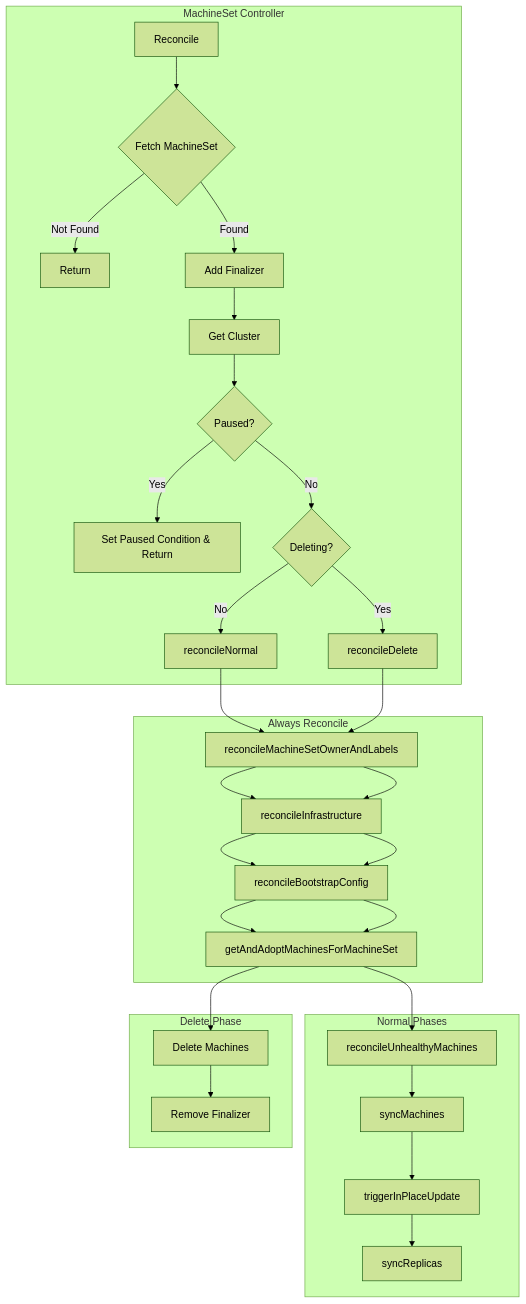
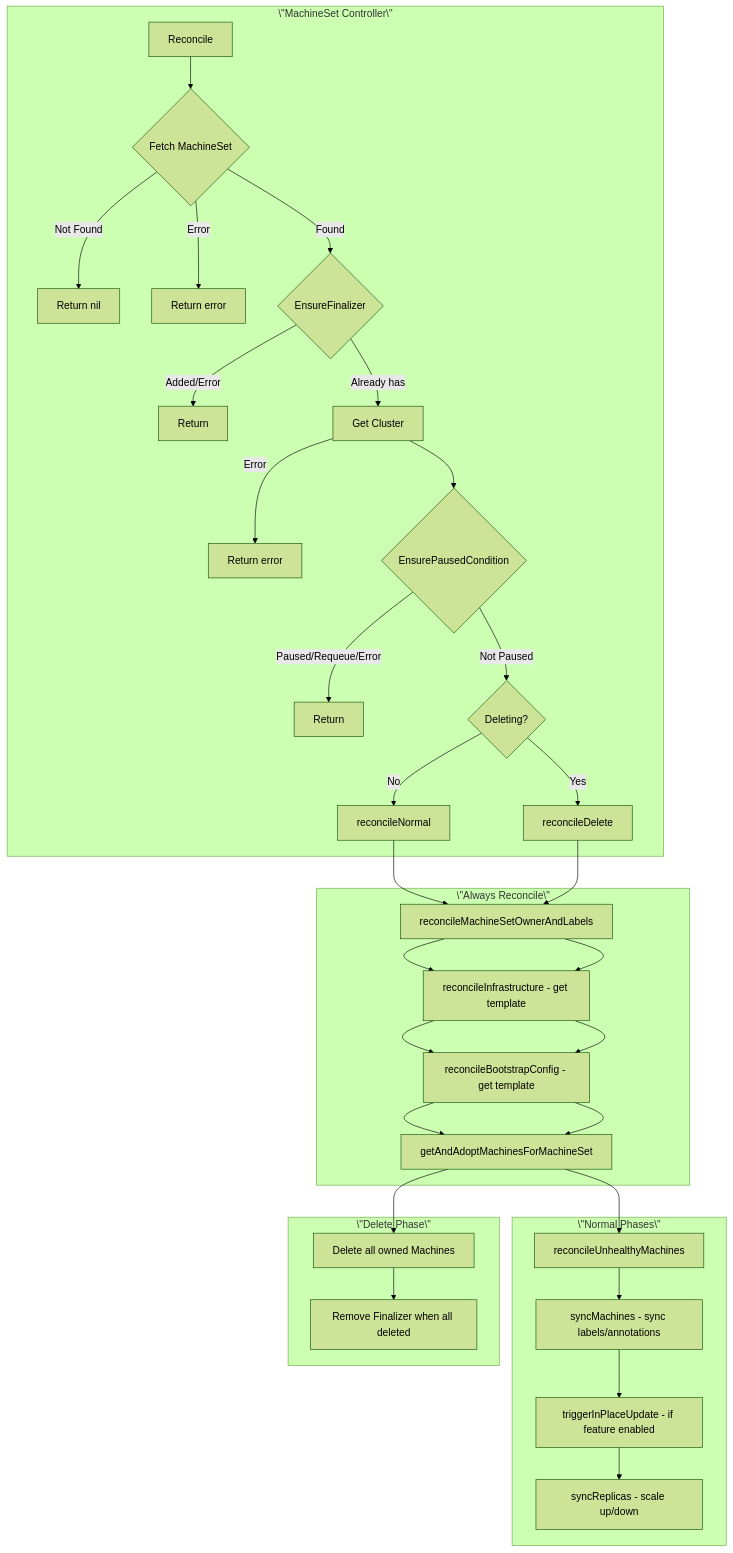
The first of 6 diagrams in ai-gen/internal/controllers/machineset_controller.md (seanyen/cluster-api), drawn with Mermaid (forest theme) before and after one commit. The commit also changed 8 other files, not shown here.

````diff
--- a/ai-gen/internal/controllers/machineset_controller.md
+++ b/ai-gen/internal/controllers/machineset_controller.md
@@ -7,36 +7,39 @@
 ```mermaid
 flowchart TB
-    subgraph "MachineSet Controller"
+    subgraph \"MachineSet Controller\"
         R[Reconcile] --> F{Fetch MachineSet}
-        F -->|Not Found| End[Return]
-        F -->|Found| Fin[Add Finalizer]
-        Fin --> GC[Get Cluster]
-        GC --> P{Paused?}
-        P -->|Yes| PC[Set Paused Condition & Return]
-        P -->|No| D{Deleting?}
+        F -->|Not Found| End[Return nil]
+        F -->|Error| Err[Return error]
+        F -->|Found| Fin{EnsureFinalizer}
+        Fin -->|Added/Error| FinRet[Return]
+        Fin -->|Already has| GC[Get Cluster]
+        GC -->|Error| GCE[Return error]
+        GC --> P{EnsurePausedCondition}
+        P -->|Paused/Requeue/Error| PC[Return]
+        P -->|Not Paused| D{Deleting?}
         D -->|Yes| RD[reconcileDelete]
         D -->|No| RN[reconcileNormal]
     end
     
-    subgraph "Always Reconcile"
+    subgraph \"Always Reconcile\"
         OL[reconcileMachineSetOwnerAndLabels]
-        RI[reconcileInfrastructure]
-        RB[reconcileBootstrapConfig]
+        RI[reconcileInfrastructure - get template]
+        RB[reconcileBootstrapConfig - get template]
         GAM[getAndAdoptMachinesForMachineSet]
     end
     
-    subgraph "Normal Phases"
+    subgraph \"Normal Phases\"
         RU[reconcileUnhealthyMachines]
-        SM[syncMachines]
-        TIP[triggerInPlaceUpdate]
-        SR[syncReplicas]
+        SM[syncMachines - sync labels/annotations]
+        TIP[triggerInPlaceUpdate - if feature enabled]
+        SR[syncReplicas - scale up/down]
     end
     
-    subgraph "Delete Phase"
-        DM[Delete Machines]
-        RF[Remove Finalizer]
+    subgraph \"Delete Phase\"
+        DM[Delete all owned Machines]
+        RF[Remove Finalizer when all deleted]
     end
     
     RN --> OL --> RI --> RB --> GAM --> RU --> SM --> TIP --> SR
     RD --> OL --> RI --> RB --> GAM --> DM --> RF
 ```
````
